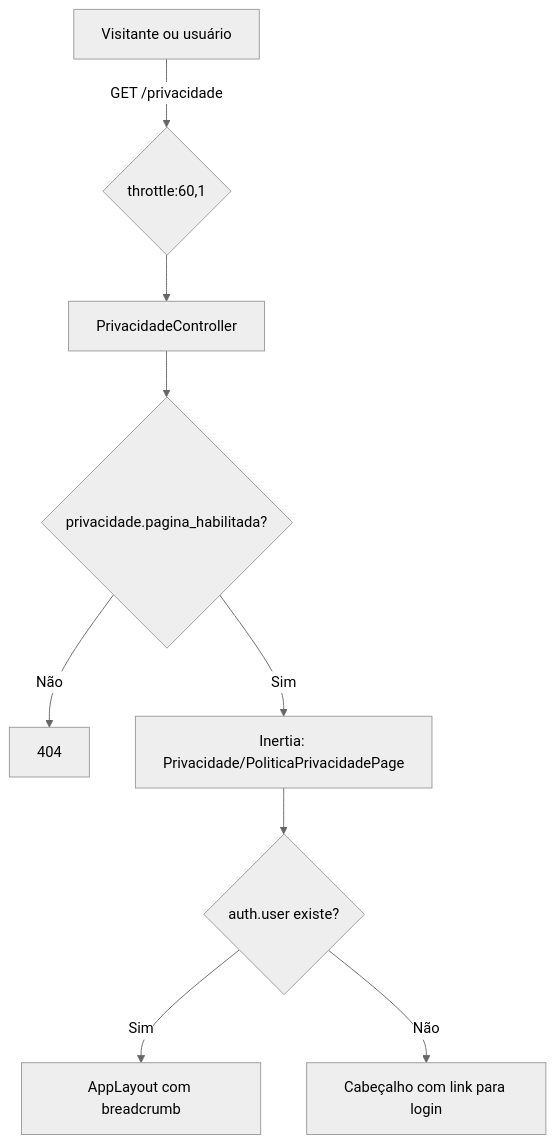
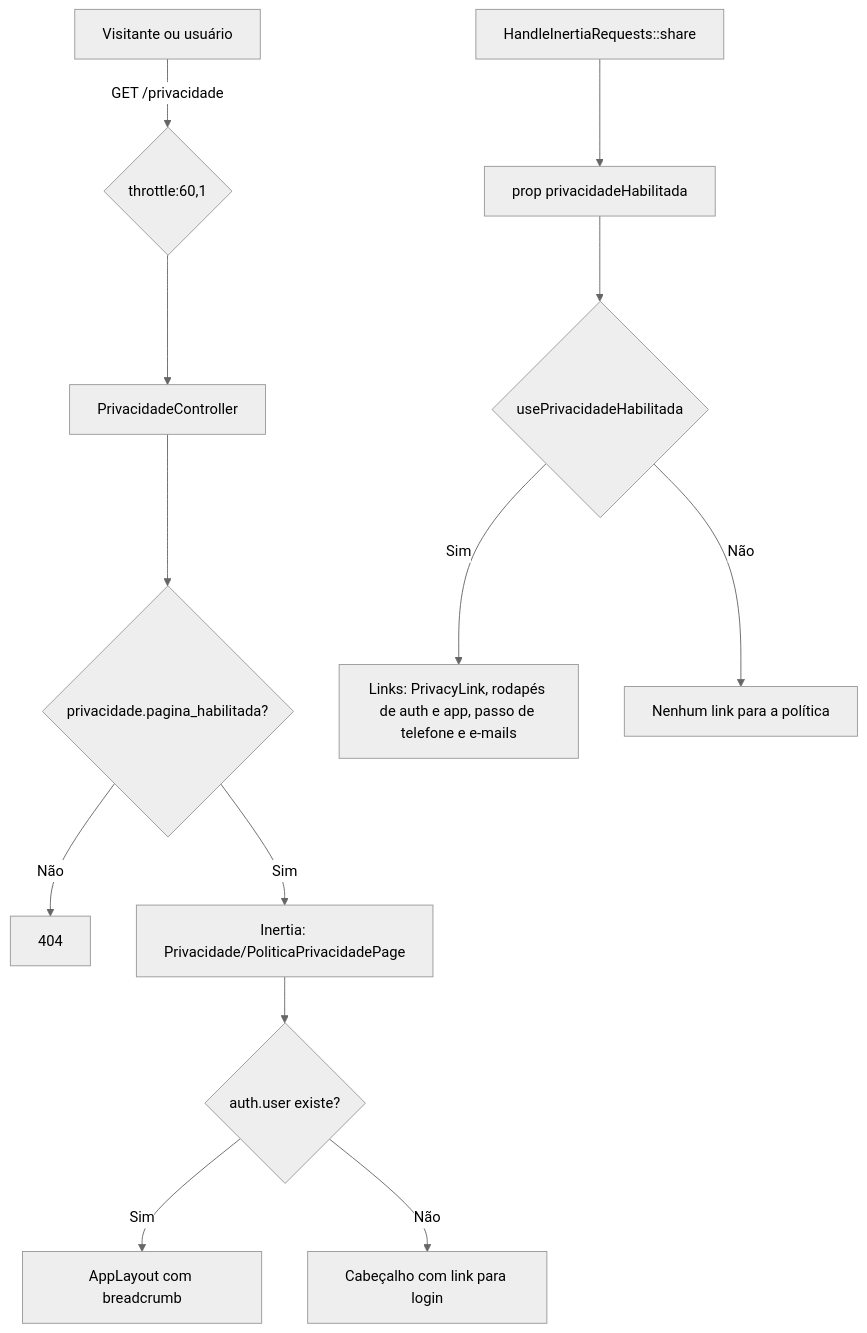
Before and after one commit to uniespacos/uniespacos: the diagram in docs/privacidade/pagina-de-privacidade.md, drawn with Mermaid (neutral theme). The commit also changed other lines of this file and 18 other files, not shown here.

````diff
--- a/docs/privacidade/pagina-de-privacidade.md
+++ b/docs/privacidade/pagina-de-privacidade.md
@@ -29,11 +35,15 @@
 ```mermaid
 flowchart TD
     V[Visitante ou usuário] -->|GET /privacidade| R{throttle:60,1}
     R --> C[PrivacidadeController]
     C --> F{privacidade.pagina_habilitada?}
     F -- Não --> E404[404]
     F -- Sim --> P[Inertia: Privacidade/PoliticaPrivacidadePage]
     P --> A{auth.user existe?}
     A -- Sim --> L1[AppLayout com breadcrumb]
     A -- Não --> L2[Cabeçalho com link para login]
+    H[HandleInertiaRequests::share] --> HP[prop privacidadeHabilitada]
+    HP --> K{usePrivacidadeHabilitada}
+    K -- Sim --> LK[Links: PrivacyLink, rodapés de auth e app, passo de telefone e e-mails]
+    K -- Não --> SL[Nenhum link para a política]
 ```
````
